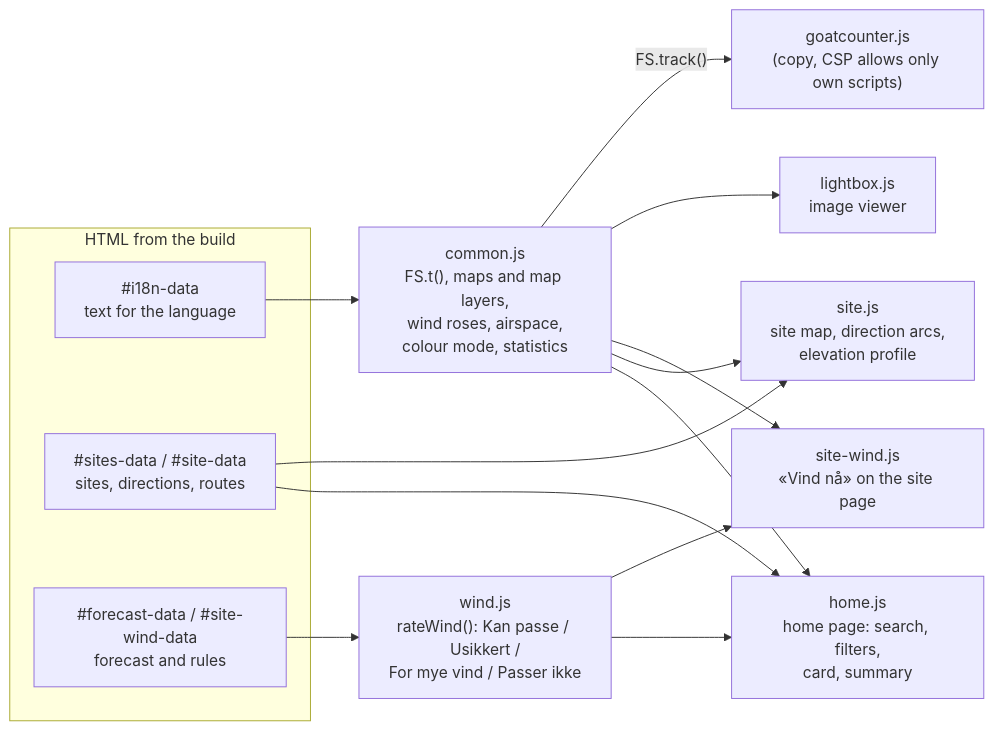
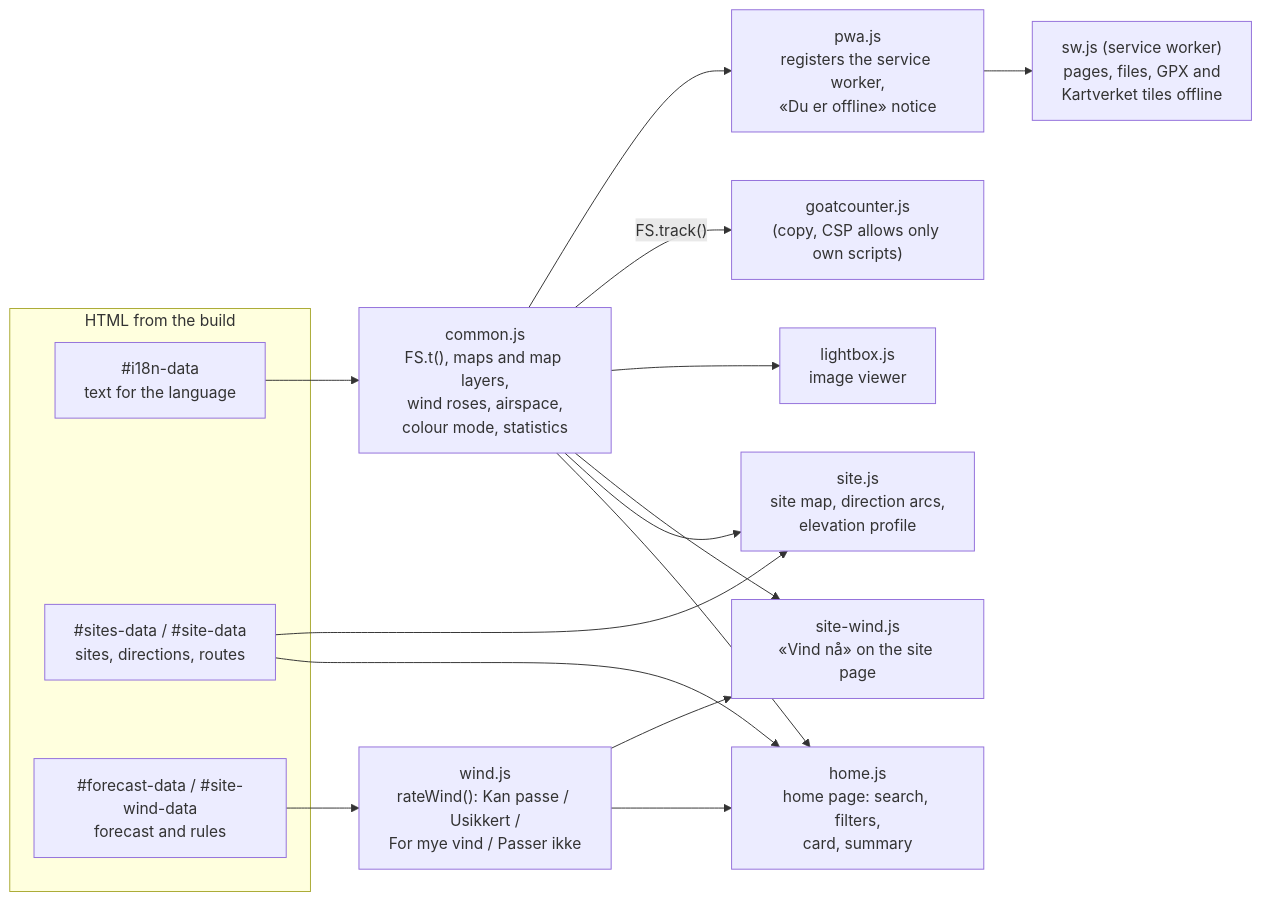
The third of 6 diagrams in docs/architecture.md (hpgt-com/flying-sites), drawn with Mermaid before and after one commit. The commit also changed other lines of this file and 19 other files, not shown here.

First line of the commit message:
Installerbar app og offline: manifest og service worker

````diff
--- a/docs/architecture.md
+++ b/docs/architecture.md
@@ -115,22 +115,25 @@
 ```mermaid
 flowchart LR
   subgraph page["HTML from the build"]
     j1["#i18n-data<br/>text for the language"]
     j2["#sites-data / #site-data<br/>sites, directions, routes"]
     j3["#forecast-data / #site-wind-data<br/>forecast and rules"]
   end
 
   common["common.js<br/>FS.t(), maps and map layers,<br/>wind roses, airspace,<br/>colour mode, statistics"]
   wind["wind.js<br/>rateWind(): Kan passe / Usikkert /<br/>For mye vind / Passer ikke"]
   home["home.js<br/>home page: search, filters,<br/>card, summary"]
   site["site.js<br/>site map, direction arcs,<br/>elevation profile"]
   sitewind["site-wind.js<br/>«Vind nå» on the site page"]
   lightbox["lightbox.js<br/>image viewer"]
   goat["goatcounter.js<br/>(copy, CSP allows only own scripts)"]
+  pwa["pwa.js<br/>registers the service worker,<br/>«Du er offline» notice"]
+  sw["sw.js (service worker)<br/>pages, files, GPX and<br/>Kartverket tiles offline"]
 
   j1 --> common
   common --> home & site & sitewind & lightbox
   j2 --> home & site
   j3 --> wind --> home & sitewind
   common -- "FS.track()" --> goat
+  common --> pwa --> sw
 ```
````
